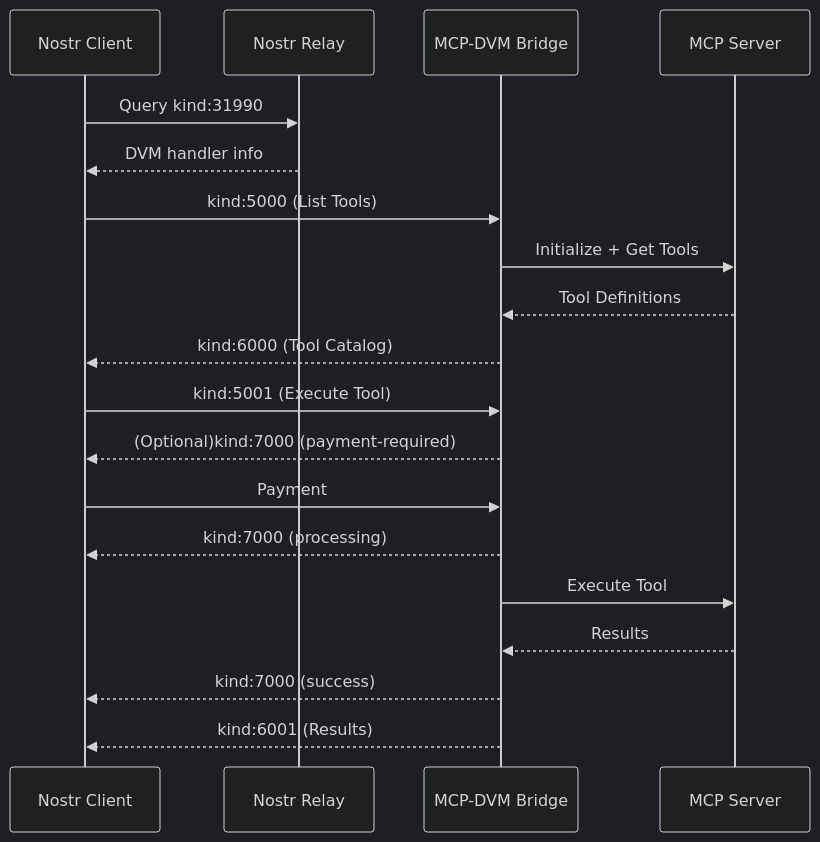
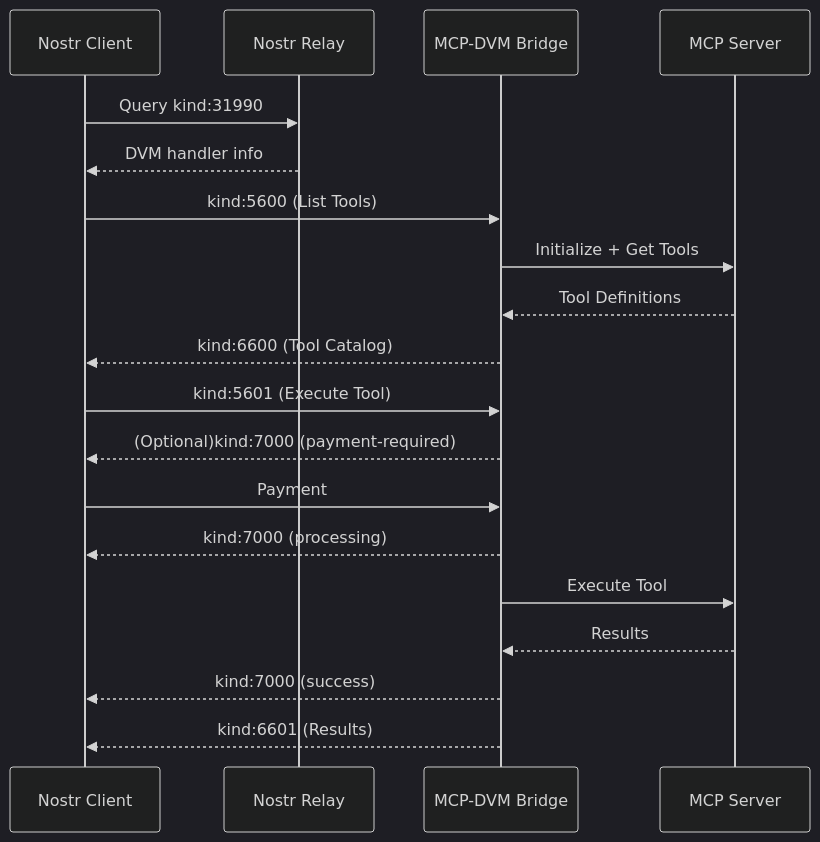
The diagram in docs/dvmcp-spec.md (gzuuus/dvmcp), drawn with Mermaid (dark theme) before and after one commit. The commit also changed other lines of this file and 6 other files, not shown here.

````diff
--- a/docs/dvmcp-spec.md
+++ b/docs/dvmcp-spec.md
@@ -317,24 +317,24 @@
 ```mermaid
 sequenceDiagram
     participant Client as Nostr Client
     participant Relay as Nostr Relay
     participant DVM as MCP-DVM Bridge
     participant Server as MCP Server
 
     Client->>Relay: Query kind:31990
     Relay-->>Client: DVM handler info
 
-    Client->>DVM: kind:5000 (List Tools)
+    Client->>DVM: kind:5600 (List Tools)
     DVM->>Server: Initialize + Get Tools
     Server-->>DVM: Tool Definitions
-    DVM-->>Client: kind:6000 (Tool Catalog)
+    DVM-->>Client: kind:6600 (Tool Catalog)
 
-    Client->>DVM: kind:5001 (Execute Tool)
+    Client->>DVM: kind:5601 (Execute Tool)
     DVM-->>Client: (Optional)kind:7000 (payment-required)
     Client->>DVM: Payment
     DVM-->>Client: kind:7000 (processing)
     DVM->>Server: Execute Tool
     Server-->>DVM: Results
     DVM-->>Client: kind:7000 (success)
-    DVM-->>Client: kind:6001 (Results)
+    DVM-->>Client: kind:6601 (Results)
 ```
````
